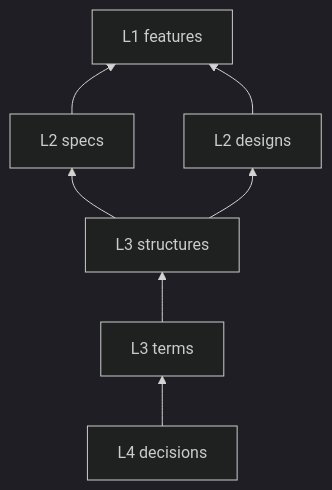
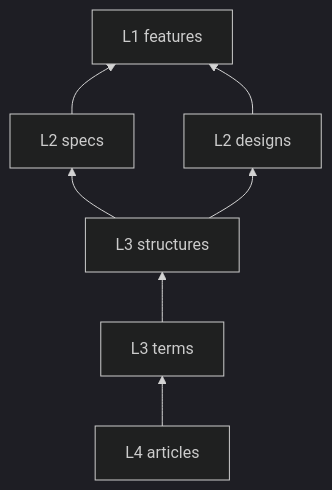
One commit to gameundwatch/archivist changed the second of 3 diagrams in docs/archivist/L3_structures/document-layers.md. Above: the diagram before and after it, drawn with Mermaid (dark theme). The commit also changed other lines of this file and 71 other files, not shown here.

````diff
--- a/docs/archivist/L3_structures/document-layers.md
+++ b/docs/archivist/L3_structures/document-layers.md
@@ -51,6 +51,6 @@
 ```mermaid
 flowchart BT
-    D["L4 decisions"] --> T["L3 terms"] --> S["L3 structures"]
+    D["L4 articles"] --> T["L3 terms"] --> S["L3 structures"]
     S --> SP["L2 specs"] --> F["L1 features"]
     S --> DE["L2 designs"] --> F
 ```
````
